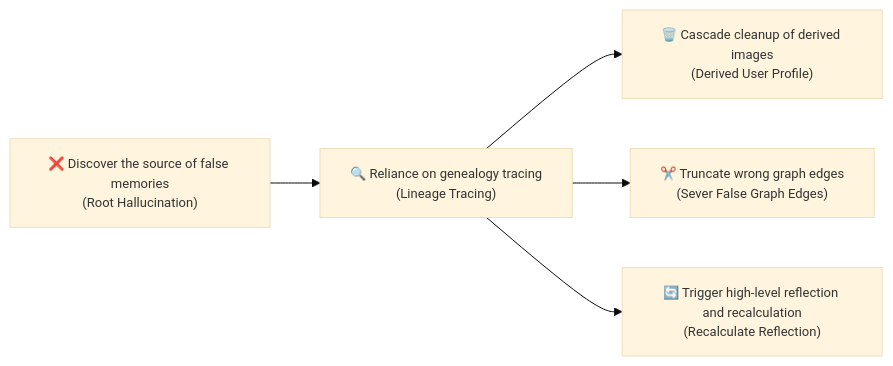
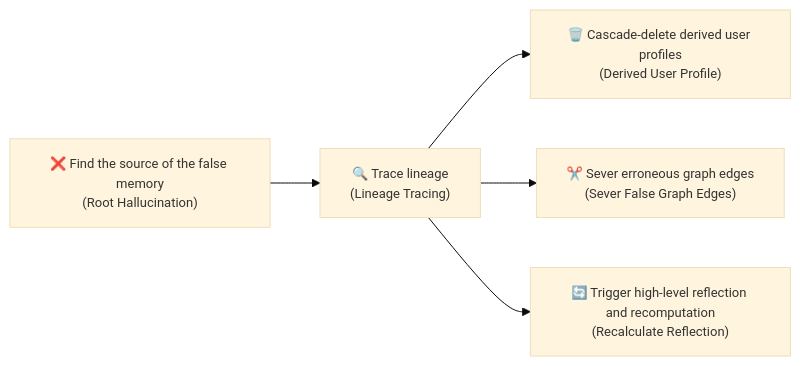
Before and after one commit to TingdeLiu/tingdeliu.github.io: diagram 15 of 50 in _translations/en/research/AI-Agent-Survey.md, drawn with Mermaid. The commit also changed other lines of this file and 51 other files, not shown here.

````diff
--- a/_translations/en/research/AI-Agent-Survey.md
+++ b/_translations/en/research/AI-Agent-Survey.md
@@ -997,8 +997,8 @@
 ```mermaid
 %%{init: {'theme': 'base', 'themeVariables': { 'fontSize': '13px'}}}%%
 flowchart LR
-    ERR["❌ Discover the source of false memories\n(Root Hallucination)"] --> TRACK["🔍 Reliance on genealogy tracing\n(Lineage Tracing)"]
-    TRACK --> D1["🗑️ Cascade cleanup of derived images\n(Derived User Profile)"]
-    TRACK --> D2["✂️ Truncate wrong graph edges\n(Sever False Graph Edges)"]
-    TRACK --> D3["🔄 Trigger high-level reflection and recalculation\n(Recalculate Reflection)"]
+    ERR["❌ Find the source of the false memory\n(Root Hallucination)"] --> TRACK["🔍 Trace lineage\n(Lineage Tracing)"]
+    TRACK --> D1["🗑️ Cascade-delete derived user profiles\n(Derived User Profile)"]
+    TRACK --> D2["✂️ Sever erroneous graph edges\n(Sever False Graph Edges)"]
+    TRACK --> D3["🔄 Trigger high-level reflection and recomputation\n(Recalculate Reflection)"]
 ```
````
